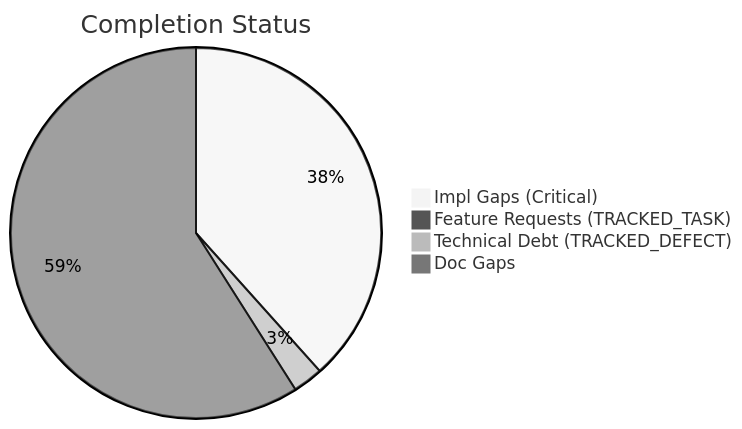
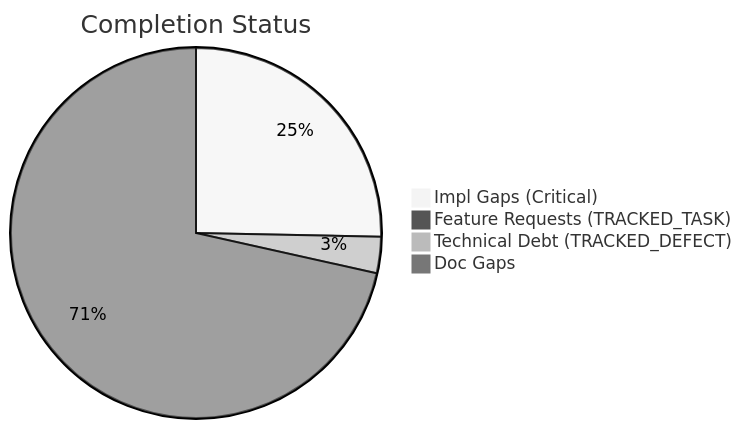
One commit to D-sorganization/Golf_Modeling_Suite changed the first of 2 diagrams in docs/assessments/completist/Completist_Report_2026-04-16.md. Above: the diagram before and after it, drawn with Mermaid (neutral theme). The commit also changed other lines of this file and 216 other files, not shown here.

````diff
--- a/docs/assessments/completist/Completist_Report_2026-04-16.md
+++ b/docs/assessments/completist/Completist_Report_2026-04-16.md
@@ -11,7 +11,7 @@
 ```mermaid
 pie title Completion Status
-    "Impl Gaps (Critical)" : 394
+    "Impl Gaps (Critical)" : 216
     "Feature Requests (TRACKED_TASK)" : 1
     "Technical Debt (TRACKED_DEFECT)" : 27
-    "Doc Gaps" : 606
+    "Doc Gaps" : 610
 ```
````
